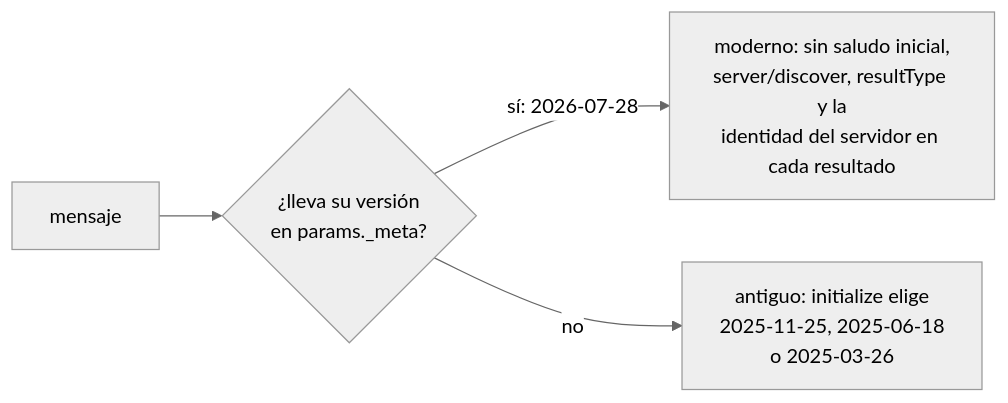
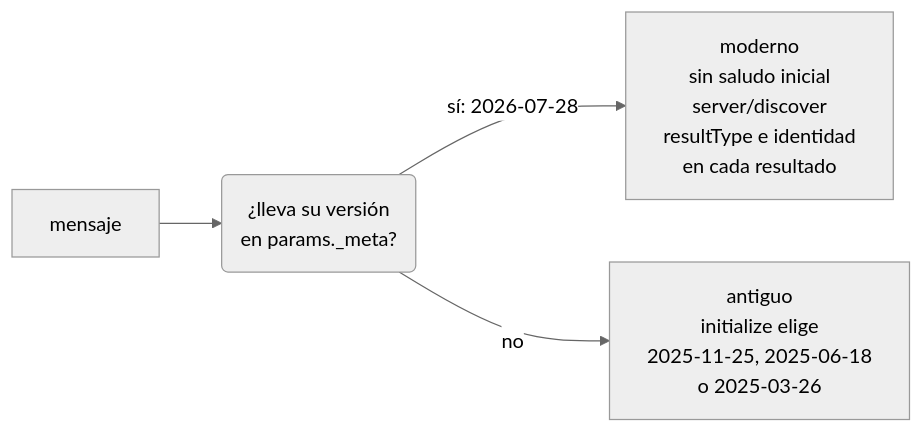
One commit to FlorinTodor/radar-es changed the seventh of 7 diagrams in README.md. Above: the diagram before and after it, drawn with Mermaid (neutral theme). The commit also changed other lines of this file, not shown here.

Commit message:
README: los diagramas del MCP sin rombos (GitHub dibuja su texto con otra letra que la que mide Mermaid y lo recorta): preguntas en rectángulos redondeados, líneas más cortas y «sí» en las flechas que siguen

````diff
--- a/README.md
+++ b/README.md
@@ -492,6 +492,6 @@
 ```mermaid
 flowchart LR
-  m["mensaje"] --> v{"¿lleva su versión<br/>en params._meta?"}
-  v -->|"sí: 2026-07-28"| moderno["moderno: sin saludo inicial,<br/>server/discover, resultType y la<br/>identidad del servidor en cada resultado"]
-  v -->|"no"| antiguo["antiguo: initialize elige<br/>2025-11-25, 2025-06-18<br/>o 2025-03-26"]
+  m["mensaje"] --> v("¿lleva su versión<br/>en params._meta?")
+  v -->|"sí: 2026-07-28"| moderno["moderno<br/>sin saludo inicial<br/>server/discover<br/>resultType e identidad<br/>en cada resultado"]
+  v -->|"no"| antiguo["antiguo<br/>initialize elige<br/>2025-11-25, 2025-06-18<br/>o 2025-03-26"]
 ```
````
